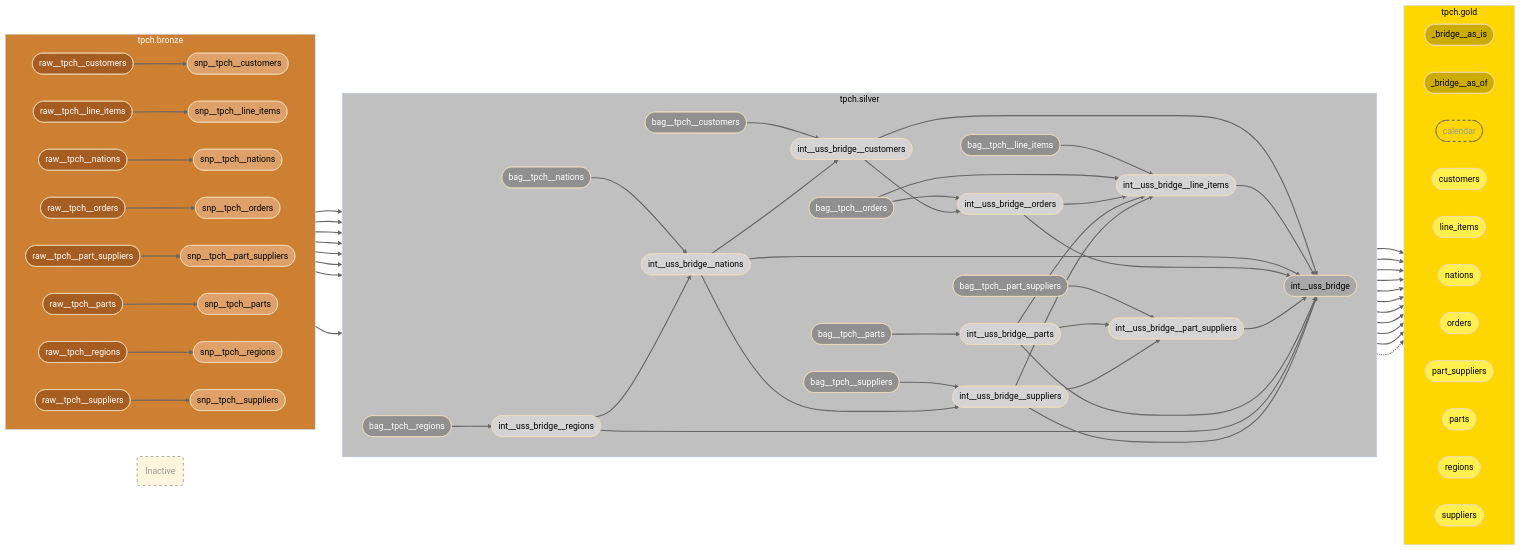
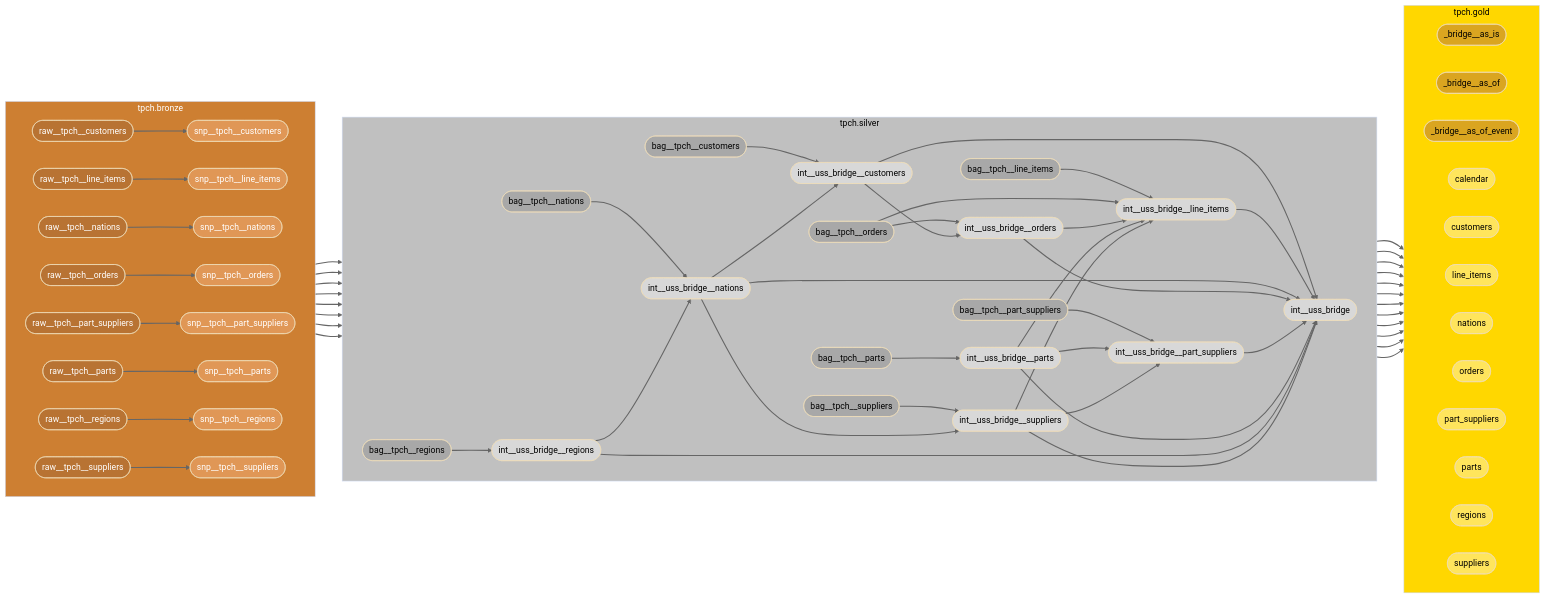
One commit to mattiasthalen/tpch changed the diagram in dag.mmd. Above: the diagram before and after it, drawn with Mermaid (base theme). The commit also changed 1 other file, not shown here.

Commit message:
Update DAG graph

```diff
--- a/dag.mmd
+++ b/dag.mmd
@@ -1,144 +1,193 @@
 flowchart LR
     subgraph tpch.bronze["tpch.bronze"]
         direction LR
-        raw__tpch__customers(["raw__tpch__customers"]):::bronze_2
-        raw__tpch__line_items(["raw__tpch__line_items"]):::bronze_2
-        raw__tpch__nations(["raw__tpch__nations"]):::bronze_2
-        raw__tpch__orders(["raw__tpch__orders"]):::bronze_2
-        raw__tpch__part_suppliers(["raw__tpch__part_suppliers"]):::bronze_2
-        raw__tpch__parts(["raw__tpch__parts"]):::bronze_2
-        raw__tpch__regions(["raw__tpch__regions"]):::bronze_2
-        raw__tpch__suppliers(["raw__tpch__suppliers"]):::bronze_2
-
-        snp__tpch__customers(["snp__tpch__customers"]):::bronze_1
-        snp__tpch__line_items(["snp__tpch__line_items"]):::bronze_1
-        snp__tpch__nations(["snp__tpch__nations"]):::bronze_1
-        snp__tpch__orders(["snp__tpch__orders"]):::bronze_1
-        snp__tpch__part_suppliers(["snp__tpch__part_suppliers"]):::bronze_1
-        snp__tpch__parts(["snp__tpch__parts"]):::bronze_1
-        snp__tpch__regions(["snp__tpch__regions"]):::bronze_1
-        snp__tpch__suppliers(["snp__tpch__suppliers"]):::bronze_1
+        raw__tpch__customers(["raw__tpch__customers"])
+        raw__tpch__line_items(["raw__tpch__line_items"])
+        raw__tpch__nations(["raw__tpch__nations"])
+        raw__tpch__orders(["raw__tpch__orders"])
+        raw__tpch__part_suppliers(["raw__tpch__part_suppliers"])
+        raw__tpch__parts(["raw__tpch__parts"])
+        raw__tpch__regions(["raw__tpch__regions"])
+        raw__tpch__suppliers(["raw__tpch__suppliers"])
+        snp__tpch__customers(["snp__tpch__customers"])
+        snp__tpch__line_items(["snp__tpch__line_items"])
+        snp__tpch__nations(["snp__tpch__nations"])
+        snp__tpch__orders(["snp__tpch__orders"])
+        snp__tpch__part_suppliers(["snp__tpch__part_suppliers"])
+        snp__tpch__parts(["snp__tpch__parts"])
+        snp__tpch__regions(["snp__tpch__regions"])
+        snp__tpch__suppliers(["snp__tpch__suppliers"])
     end
 
     subgraph tpch.silver["tpch.silver"]
         direction LR
-        bag__tpch__customers(["bag__tpch__customers"]):::silver_4
-        bag__tpch__line_items(["bag__tpch__line_items"]):::silver_4
-        bag__tpch__nations(["bag__tpch__nations"]):::silver_4
-        bag__tpch__orders(["bag__tpch__orders"]):::silver_4
-        bag__tpch__part_suppliers(["bag__tpch__part_suppliers"]):::silver_4
-        bag__tpch__parts(["bag__tpch__parts"]):::silver_4
-        bag__tpch__regions(["bag__tpch__regions"]):::silver_4
-        bag__tpch__suppliers(["bag__tpch__suppliers"]):::silver_4
-        int__uss_bridge(["int__uss_bridge"]):::silver_3
-        int__uss_bridge__customers(["int__uss_bridge__customers"]):::silver_2
-        int__uss_bridge__line_items(["int__uss_bridge__line_items"]):::silver_2
-        int__uss_bridge__nations(["int__uss_bridge__nations"]):::silver_2
-        int__uss_bridge__orders(["int__uss_bridge__orders"]):::silver_2
-        int__uss_bridge__part_suppliers(["int__uss_bridge__part_suppliers"]):::silver_2
-        int__uss_bridge__parts(["int__uss_bridge__parts"]):::silver_2
-        int__uss_bridge__regions(["int__uss_bridge__regions"]):::silver_2
-        int__uss_bridge__suppliers(["int__uss_bridge__suppliers"]):::silver_2
+        bag__tpch__customers(["bag__tpch__customers"])
+        bag__tpch__line_items(["bag__tpch__line_items"])
+        bag__tpch__nations(["bag__tpch__nations"])
+        bag__tpch__orders(["bag__tpch__orders"])
+        bag__tpch__part_suppliers(["bag__tpch__part_suppliers"])
+        bag__tpch__parts(["bag__tpch__parts"])
+        bag__tpch__regions(["bag__tpch__regions"])
+        bag__tpch__suppliers(["bag__tpch__suppliers"])
+        int__uss_bridge(["int__uss_bridge"])
+        int__uss_bridge__customers(["int__uss_bridge__customers"])
+        int__uss_bridge__line_items(["int__uss_bridge__line_items"])
+        int__uss_bridge__nations(["int__uss_bridge__nations"])
+        int__uss_bridge__orders(["int__uss_bridge__orders"])
+        int__uss_bridge__part_suppliers(["int__uss_bridge__part_suppliers"])
+        int__uss_bridge__parts(["int__uss_bridge__parts"])
+        int__uss_bridge__regions(["int__uss_bridge__regions"])
+        int__uss_bridge__suppliers(["int__uss_bridge__suppliers"])
     end
 
     subgraph tpch.gold["tpch.gold"]
         direction LR
-        _bridge__as_is(["_bridge__as_is"]):::gold_3
-        _bridge__as_of(["_bridge__as_of"]):::gold_3
-        calendar(["calendar"]):::gold_2
-        customers(["customers"]):::gold_1
-        line_items(["line_items"]):::gold_1
-        nations(["nations"]):::gold_1
-        orders(["orders"]):::gold_1
-        part_suppliers(["part_suppliers"]):::gold_1
-        parts(["parts"]):::gold_1
-        regions(["regions"]):::gold_1
-        suppliers(["suppliers"]):::gold_1
+        _bridge__as_is(["_bridge__as_is"])
+        _bridge__as_of(["_bridge__as_of"])
+        _bridge__as_of_event(["_bridge__as_of_event"])
+        calendar(["calendar"])
+        customers(["customers"])
+        line_items(["line_items"])
+        nations(["nations"])
+        orders(["orders"])
+        part_suppliers(["part_suppliers"])
+        parts(["parts"])
+        regions(["regions"])
+        suppliers(["suppliers"])
     end
 
     %% tpch.bronze -> tpch.bronze
     raw__tpch__customers --> snp__tpch__customers
     raw__tpch__line_items --> snp__tpch__line_items
     raw__tpch__nations --> snp__tpch__nations
     raw__tpch__orders --> snp__tpch__orders
     raw__tpch__part_suppliers --> snp__tpch__part_suppliers
     raw__tpch__parts --> snp__tpch__parts
     raw__tpch__regions --> snp__tpch__regions
     raw__tpch__suppliers --> snp__tpch__suppliers
 
     %% tpch.bronze -> tpch.silver
     snp__tpch__customers --> bag__tpch__customers
     snp__tpch__line_items --> bag__tpch__line_items
     snp__tpch__nations --> bag__tpch__nations
     snp__tpch__orders --> bag__tpch__orders
     snp__tpch__part_suppliers --> bag__tpch__part_suppliers
     snp__tpch__parts --> bag__tpch__parts
     snp__tpch__regions --> bag__tpch__regions
     snp__tpch__suppliers --> bag__tpch__suppliers
 
     %% tpch.silver -> tpch.silver
     bag__tpch__customers --> int__uss_bridge__customers
     bag__tpch__line_items --> int__uss_bridge__line_items
     bag__tpch__nations --> int__uss_bridge__nations
     bag__tpch__orders --> int__uss_bridge__line_items
     bag__tpch__orders --> int__uss_bridge__orders
     bag__tpch__part_suppliers --> int__uss_bridge__part_suppliers
     bag__tpch__parts --> int__uss_bridge__parts
     bag__tpch__regions --> int__uss_bridge__regions
     bag__tpch__suppliers --> int__uss_bridge__suppliers
     int__uss_bridge__customers --> int__uss_bridge
     int__uss_bridge__customers --> int__uss_bridge__orders
     int__uss_bridge__line_items --> int__uss_bridge
     int__uss_bridge__nations --> int__uss_bridge
     int__uss_bridge__nations --> int__uss_bridge__customers
     int__uss_bridge__nations --> int__uss_bridge__suppliers
     int__uss_bridge__orders --> int__uss_bridge
     int__uss_bridge__orders --> int__uss_bridge__line_items
     int__uss_bridge__part_suppliers --> int__uss_bridge
     int__uss_bridge__parts --> int__uss_bridge
     int__uss_bridge__parts --> int__uss_bridge__line_items
     int__uss_bridge__parts --> int__uss_bridge__part_suppliers
     int__uss_bridge__regions --> int__uss_bridge
     int__uss_bridge__regions --> int__uss_bridge__nations
     int__uss_bridge__suppliers --> int__uss_bridge
     int__uss_bridge__suppliers --> int__uss_bridge__line_items
     int__uss_bridge__suppliers --> int__uss_bridge__part_suppliers
 
     %% tpch.silver -> tpch.gold
     bag__tpch__customers --> customers
     bag__tpch__line_items --> line_items
     bag__tpch__nations --> nations
     bag__tpch__orders --> orders
     bag__tpch__part_suppliers --> part_suppliers
     bag__tpch__parts --> parts
     bag__tpch__regions --> regions
     bag__tpch__suppliers --> suppliers
     int__uss_bridge --> _bridge__as_is
     int__uss_bridge --> _bridge__as_of
-    int__uss_bridge -.-> calendar
+    int__uss_bridge --> _bridge__as_of_event
+    int__uss_bridge --> calendar
+    
+    linkStyle default stroke:#666,stroke-width:2px
 
-    inactive("Inactive")
+    %% Bronze shades
+    classDef bronze_classic fill:#CD7F32,color:white
+    classDef bronze_dark fill:#B87333,color:white
+    classDef bronze_light fill:#E09756,color:white
+    classDef bronze_antique fill:#966B47,color:white
+    
+    %% Silver shades
+    classDef silver_classic fill:#C0C0C0,color:black
+    classDef silver_dark fill:#A8A8A8,color:black
+    classDef silver_light fill:#D8D8D8,color:black
+    classDef silver_antique fill:#B4B4B4,color:black
+    
+    %% Gold shades
+    classDef gold_classic fill:#FFD700,color:black
+    classDef gold_dark fill:#DAA520,color:black
+    classDef gold_light fill:#FFE55C,color:black
+    classDef gold_antique fill:#CFB53B,color:black
 
-    linkStyle default stroke:#666,stroke-width:2px
-    classDef inactive stroke:#666,stroke-dasharray: 5 5,color:#999
+    class tpch.bronze bronze_classic
+    class raw__tpch__customers bronze_dark
+    class raw__tpch__line_items bronze_dark
+    class raw__tpch__nations bronze_dark
+    class raw__tpch__orders bronze_dark
+    class raw__tpch__part_suppliers bronze_dark
+    class raw__tpch__parts bronze_dark
+    class raw__tpch__regions bronze_dark
+    class raw__tpch__suppliers bronze_dark
     
-    classDef bronze_0 fill:#cd7f32,color:white
-    classDef bronze_1 fill:#dea16a,color:black
-    classDef bronze_2 fill:#a65d21,color:white
-
-    classDef silver_0 fill:#c0c0c0,color:black
-    classDef silver_1 fill:#e8e8e8,color:black
-    classDef silver_2 fill:#d4d4d4,color:black
-    classDef silver_3 fill:#a8a8a8,color:black
-    classDef silver_4 fill:#909090,color:white
-
-    classDef gold_0 fill:#ffd700,color:black
-    classDef gold_1 fill:#fff04d,color:black
-    classDef gold_2 fill:#ffd700,color:black
-    classDef gold_3 fill:#ccac00,color:black
-
-    class tpch.bronze bronze_0
-    class tpch.silver silver_0
-    class tpch.gold gold_0
-    class calendar inactive
-    class inactive inactive
+    class snp__tpch__customers bronze_light
+    class snp__tpch__line_items bronze_light
+    class snp__tpch__nations bronze_light
+    class snp__tpch__orders bronze_light
+    class snp__tpch__part_suppliers bronze_light
+    class snp__tpch__parts bronze_light
+    class snp__tpch__regions bronze_light
+    class snp__tpch__suppliers bronze_light
+    
+    class tpch.silver silver_classic
+    class bag__tpch__customers silver_dark
+    class bag__tpch__line_items silver_dark
+    class bag__tpch__nations silver_dark
+    class bag__tpch__orders silver_dark
+    class bag__tpch__part_suppliers silver_dark
+    class bag__tpch__parts silver_dark
+    class bag__tpch__regions silver_dark
+    class bag__tpch__suppliers silver_dark
+    
+    class int__uss_bridge silver_light
+    class int__uss_bridge__customers silver_light
+    class int__uss_bridge__line_items silver_light
+    class int__uss_bridge__nations silver_light
+    class int__uss_bridge__orders silver_light
+    class int__uss_bridge__part_suppliers silver_light
+    class int__uss_bridge__parts silver_light
+    class int__uss_bridge__regions silver_light
+    class int__uss_bridge__suppliers silver_light
+    
+    class tpch.gold gold_classic
+    class _bridge__as_is gold_dark
+    class _bridge__as_of gold_dark
+    class _bridge__as_of_event gold_dark
+    
+    class calendar gold_light
+    class customers gold_light
+    class line_items gold_light
+    class nations gold_light
+    class orders gold_light
+    class part_suppliers gold_light
+    class parts gold_light
+    class regions gold_light
+    class suppliers gold_light
```
